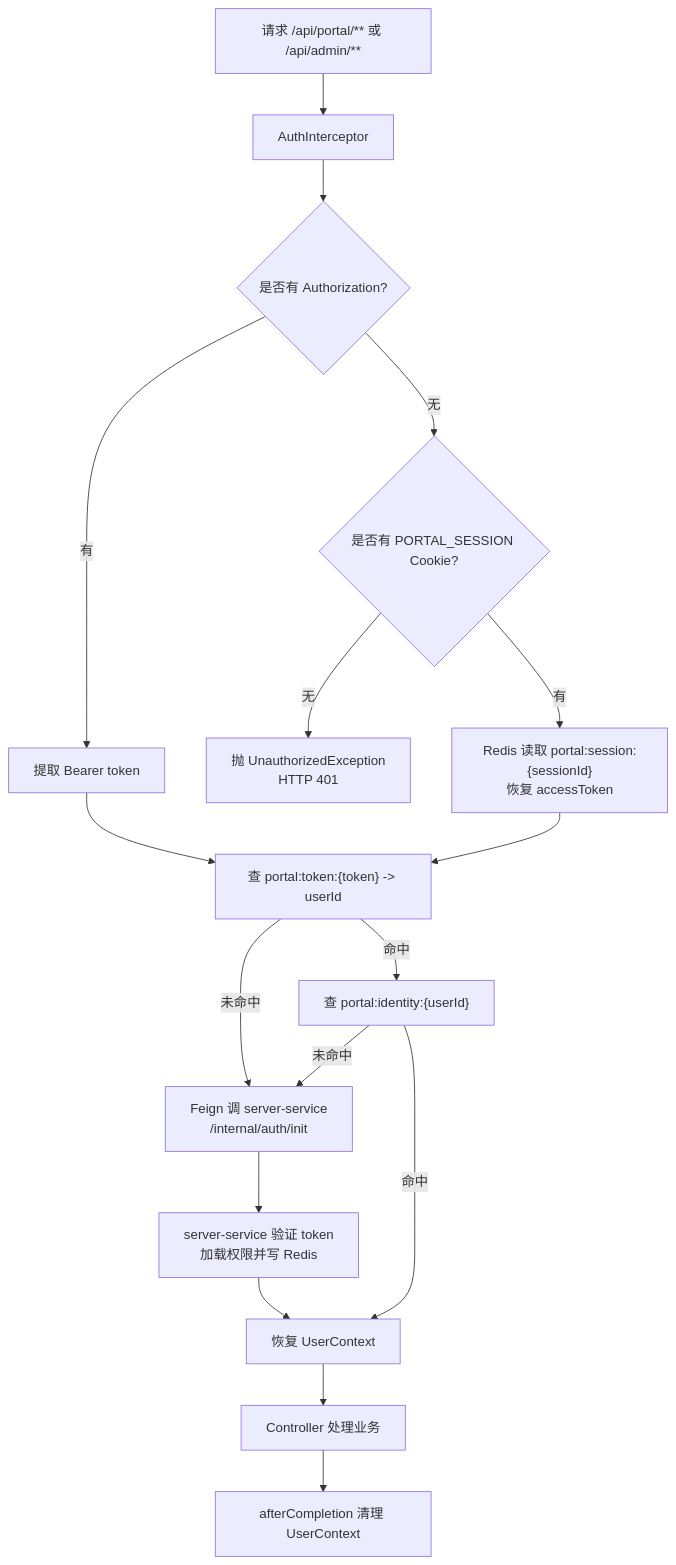
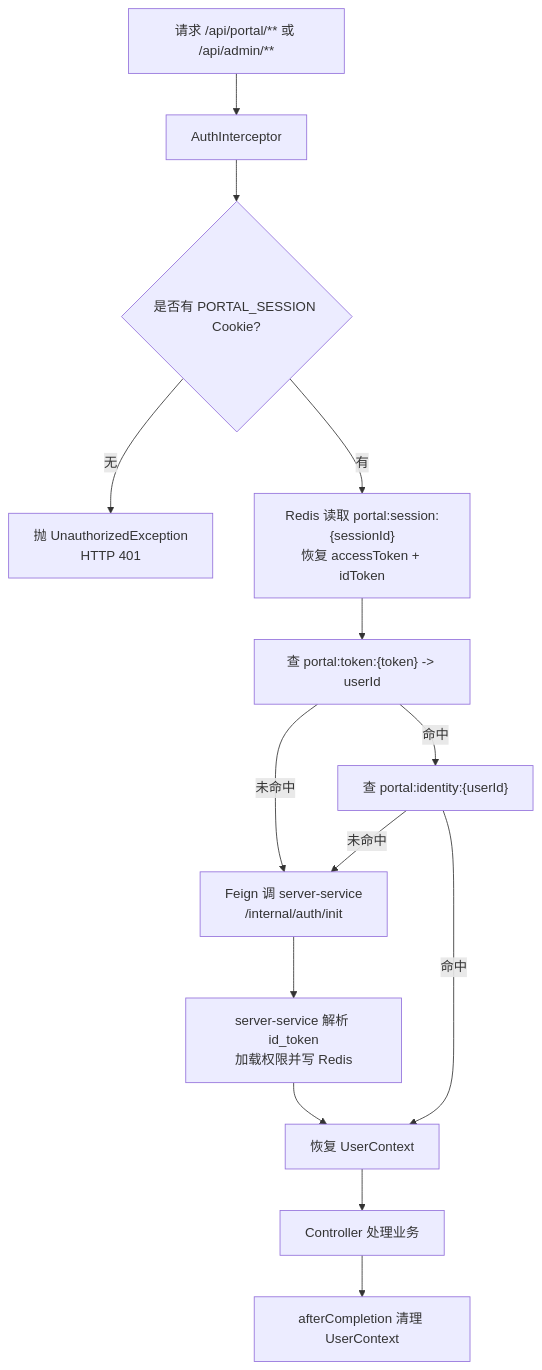
One commit to chanhoozhang-alt/portal-v2 changed the fourth of 6 diagrams in docs/认证设计.md. Above: the diagram before and after it, drawn with Mermaid. The commit also changed other lines of this file and 23 other files, not shown here.

````diff
--- a/docs/认证设计.md
+++ b/docs/认证设计.md
@@ -129,19 +131,16 @@
 ```mermaid
 flowchart TD
     A["请求 /api/portal/** 或 /api/admin/**"] --> B["AuthInterceptor"]
-    B --> C{"是否有 Authorization?"}
-    C -->|"有"| D["提取 Bearer token"]
-    C -->|"无"| E{"是否有 PORTAL_SESSION Cookie?"}
+    B --> E{"是否有 PORTAL_SESSION Cookie?"}
     E -->|"无"| X["抛 UnauthorizedException<br/>HTTP 401"]
-    E -->|"有"| F["Redis 读取 portal:session:{sessionId}<br/>恢复 accessToken"]
-    D --> G["查 portal:token:{token} -> userId"]
-    F --> G
+    E -->|"有"| F["Redis 读取 portal:session:{sessionId}<br/>恢复 accessToken + idToken"]
+    F --> G["查 portal:token:{token} -> userId"]
     G -->|"未命中"| H["Feign 调 server-service<br/>/internal/auth/init"]
     G -->|"命中"| I["查 portal:identity:{userId}"]
     I -->|"未命中"| H
     I -->|"命中"| J["恢复 UserContext"]
-    H --> K["server-service 验证 token<br/>加载权限并写 Redis"]
+    H --> K["server-service 解析 id_token<br/>加载权限并写 Redis"]
     K --> J
     J --> L["Controller 处理业务"]
     L --> M["afterCompletion 清理 UserContext"]
 ```
````
